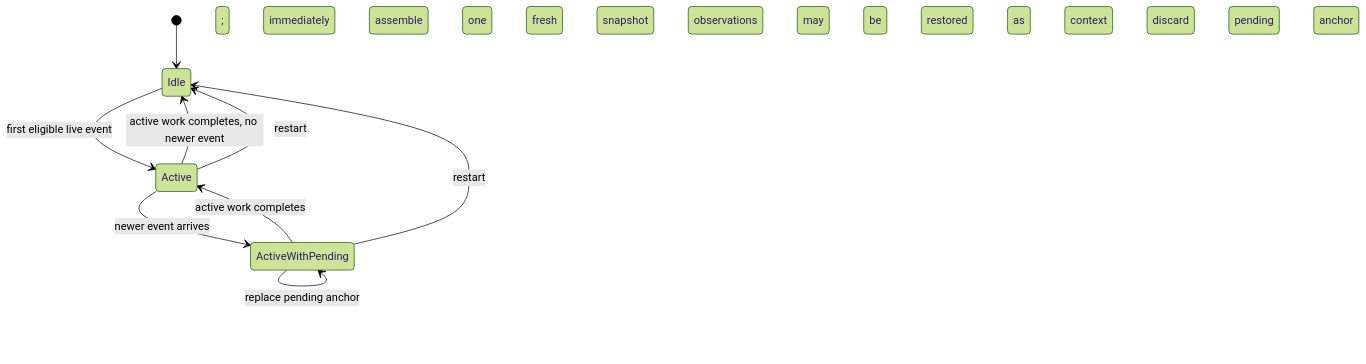
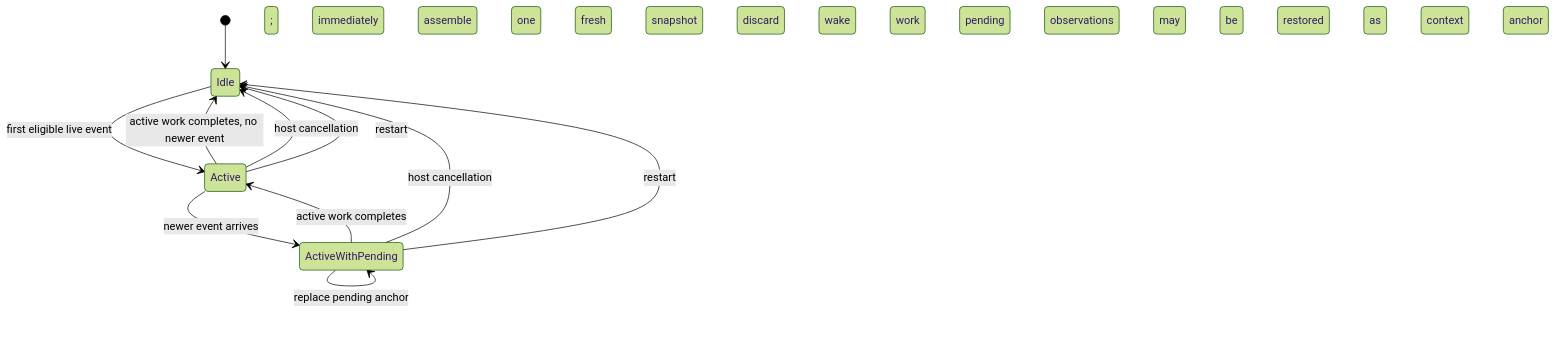
The third of 8 diagrams in docs/architecture/v2-selected-design.md (mentatzoe/nunchi), drawn with Mermaid (forest theme) before and after one commit. The commit also changed other lines of this file and 5 other files, not shown here.

````diff
--- a/docs/architecture/v2-selected-design.md
+++ b/docs/architecture/v2-selected-design.md
@@ -125,11 +125,13 @@
 ```mermaid
 stateDiagram-v2
     [*] --> Idle
     Idle --> Active: first eligible live event
     Active --> ActiveWithPending: newer event arrives
     ActiveWithPending --> ActiveWithPending: replace pending anchor
     Active --> Idle: active work completes, no newer event
     ActiveWithPending --> Active: active work completes; immediately assemble one fresh snapshot
+    Active --> Idle: host cancellation; discard wake work
+    ActiveWithPending --> Idle: host cancellation; discard pending wake work
     Active --> Idle: restart; observations may be restored as context
     ActiveWithPending --> Idle: restart; discard pending anchor
 ```
````
